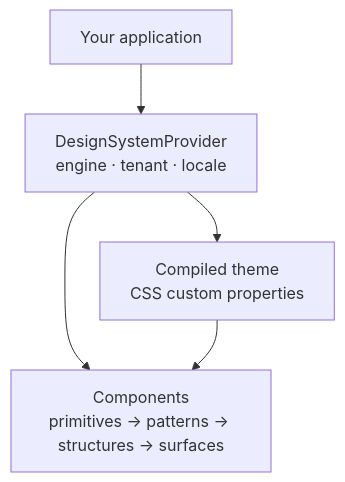
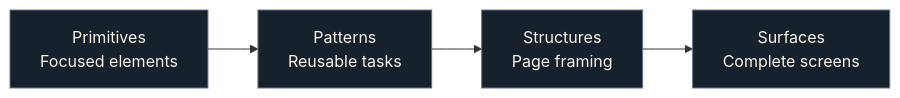
The third of 3 diagrams in README.md (rottay/ui-design-system), drawn with Mermaid before and after one commit. The commit also changed other lines of this file and 1 other file, not shown here.

Commit message:
docs(readme): present tenant-first product vision and architecture

````diff
--- a/README.md
+++ b/README.md
@@ -39,7 +197,8 @@
 ```mermaid
-flowchart TD
-  A["Your application"] --> P["DesignSystemProvider<br/>engine · tenant · locale"]
-  P --> C["Components<br/>primitives → patterns → structures → surfaces"]
-  P --> T["Compiled theme<br/>CSS custom properties"]
-  T --> C
+flowchart LR
+  P["Primitives<br/>Focused elements"] --> T["Patterns<br/>Reusable tasks"]
+  T --> S["Structures<br/>Page framing"]
+  S --> U["Surfaces<br/>Complete screens"]
+  classDef tier fill:#17212b,color:#f7f4ed,stroke:#64748b
+  class P,T,S,U tier
 ```
````
